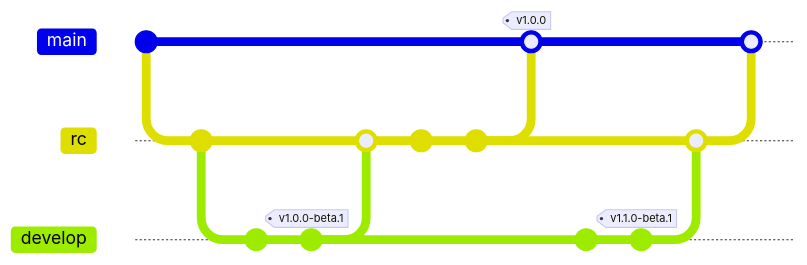
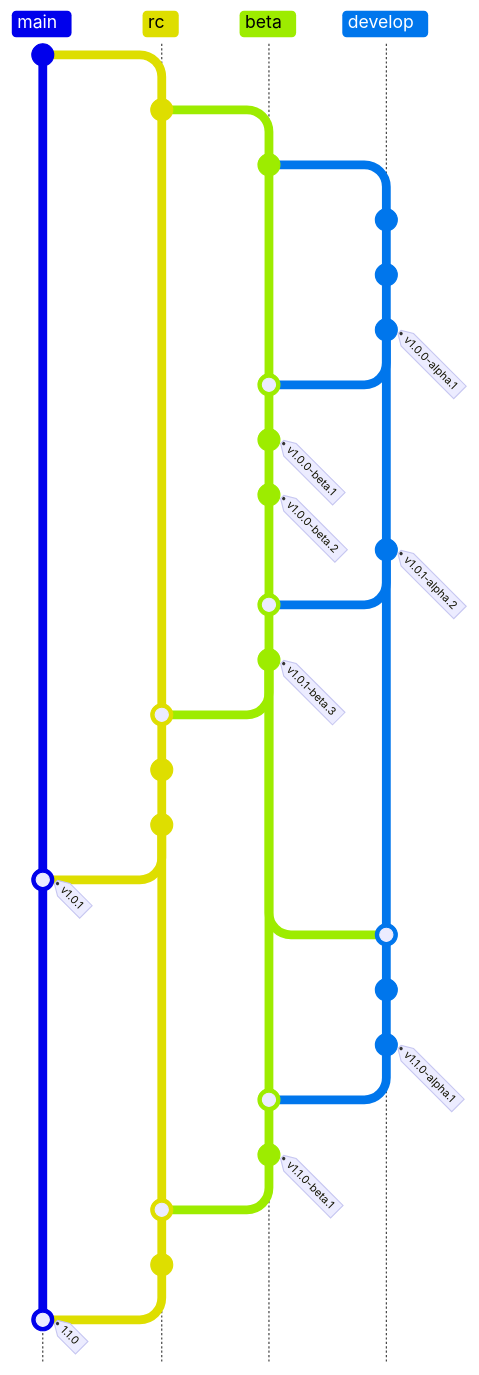
The diagram in README.md (Pionpill/ecology-netease), drawn with Mermaid before and after one commit. The commit also changed other lines of this file, not shown here. Commit ids are hidden.

Commit message:
:pencil: 更新分支规范

````diff
--- a/README.md
+++ b/README.md
@@ -46,22 +55,39 @@
 ```mermaid
-gitGraph LR:
-    commit
+gitGraph TB:
+    commit id: "init main"
     branch rc
-    commit
+    commit id: "init rc"
+    branch beta
+    commit id: "init beta"
     branch develop
-    commit
-    commit tag: "v1.0.0-beta.1"
+    commit id: "init develop"
+    commit id: "develop 1"
+    commit id: "develop 2" tag: "v1.0.0-alpha.1"
+    checkout beta
+    merge develop
+    commit id: "beta 1" tag: "v1.0.0-beta.1"
+    commit id: "beta 2" tag: "v1.0.0-beta.2"
+    checkout develop
+    commit id: "develop 3" tag: "v1.0.1-alpha.2"
+    checkout beta
+    merge develop
+    commit id: "develop 4" tag: "v1.0.1-beta.3"
     checkout rc
+    merge beta
+    commit id: "rc 1"
+    commit id: "rc 2"
+    checkout main
+    merge rc tag: "v1.0.1"
+    checkout develop
+    merge beta
+    commit id: "develop 5"
+    commit id: "develop 6" tag: "v1.1.0-alpha.1"
+    checkout beta
     merge develop
-    commit
-    commit
+    commit id: "beta 3" tag: "v1.1.0-beta.1"
+    checkout rc
+    merge beta
+    commit id: "rc3"
     checkout main
-    merge rc tag: "v1.0.0"
-    checkout develop
-    commit
-    commit tag: "v1.1.0-beta.1"
-    checkout rc
-    merge develop
-    checkout main
-    merge rc
+    merge rc tag: "1.1.0"
 ```
````
